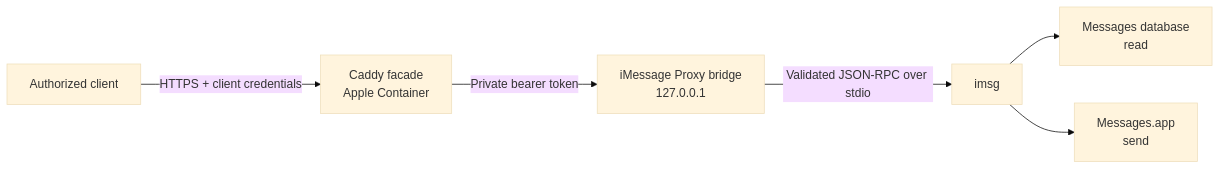
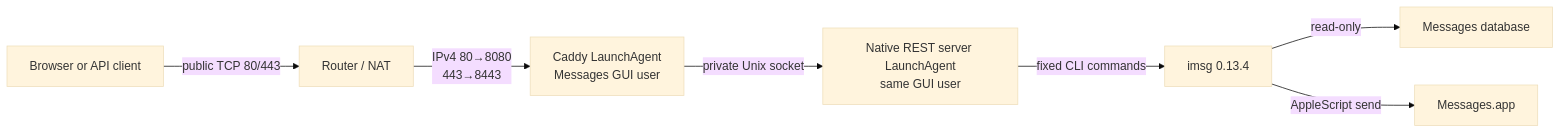
One commit to mglaeser/imessage-proxy changed the diagram in README.md. Above: the diagram before and after it, drawn with Mermaid (base theme). The commit also changed other lines of this file and 54 other files, not shown here.

First line of the commit message:
feat!: ship native REST API 1.0

````diff
--- a/README.md
+++ b/README.md
@@ -66,8 +75,9 @@
 ```mermaid
 flowchart LR
-    client["Authorized client"] -->|"HTTPS + client credentials"| caddy["Caddy facade<br/>Apple Container"]
-    caddy -->|"Private bearer token"| bridge["iMessage Proxy bridge<br/>127.0.0.1"]
-    bridge -->|"Validated JSON-RPC over stdio"| imsg["imsg"]
-    imsg --> db["Messages database<br/>read"]
-    imsg --> app["Messages.app<br/>send"]
+    client["Browser or API client"] -->|"public TCP 80/443"| ingress["Router / NAT"]
+    ingress -->|"IPv4 80→8080<br/>443→8443"| caddy["Caddy LaunchAgent<br/>Messages GUI user"]
+    caddy -->|"private Unix socket"| server["Native REST server LaunchAgent<br/>same GUI user"]
+    server -->|"fixed CLI commands"| imsg["imsg 0.13.4"]
+    imsg -->|"read-only"| database["Messages database"]
+    imsg -->|"AppleScript send"| app["Messages.app"]
 ```
````
